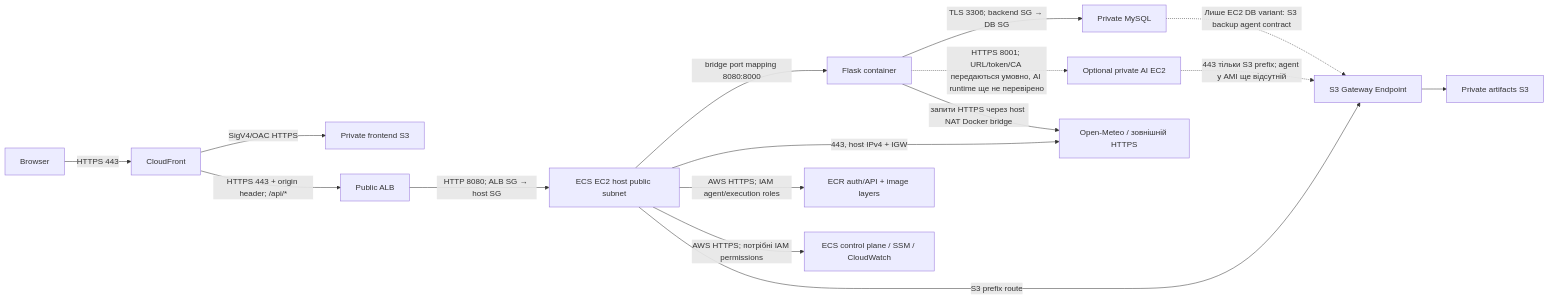
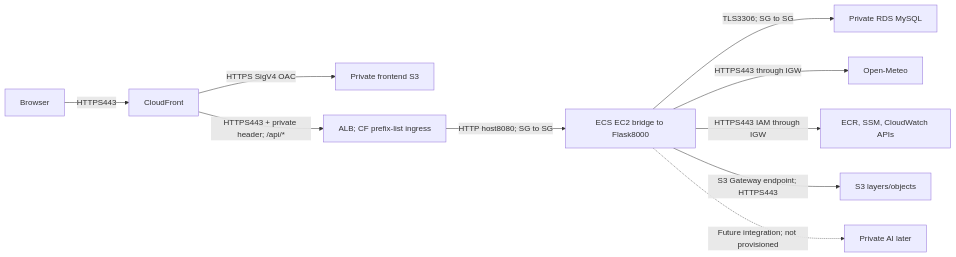
The diagram in docs/terraform/NETWORK_GRAPH.md (BohdanHavran/ClimateHealth-Monitoring), drawn with Mermaid before and after one commit. The commit also changed other lines of this file and 50 other files, not shown here.

````diff
--- a/docs/terraform/NETWORK_GRAPH.md
+++ b/docs/terraform/NETWORK_GRAPH.md
@@ -5,18 +5,12 @@
 ```mermaid
 flowchart LR
-  user["Browser"] -->|"HTTPS 443"| cf["CloudFront"]
-  cf -->|"SigV4/OAC HTTPS"| s3["Private frontend S3"]
-  cf -->|"HTTPS 443 + origin header; /api/*"| alb["Public ALB"]
-  alb -->|"HTTP 8080; ALB SG → host SG"| host["ECS EC2 host public subnet"]
-  host -->|"bridge port mapping 8080:8000"| backend["Flask container"]
-  backend -->|"TLS 3306; backend SG → DB SG"| db["Private MySQL"]
-  backend -.->|"HTTPS 8001; URL/token/CA передаються умовно, AI runtime ще не перевірено"| ai["Optional private AI EC2"]
-  host -->|"443, host IPv4 + IGW"| weather["Open-Meteo / зовнішній HTTPS"]
-  backend -->|"запити HTTPS через host NAT Docker bridge"| weather
-  host -->|"AWS HTTPS; IAM agent/execution roles"| ecr["ECR auth/API + image layers"]
-  host -->|"AWS HTTPS; потрібні IAM permissions"| aws["ECS control plane / SSM / CloudWatch"]
-  host -->|"S3 prefix route"| ep["S3 Gateway Endpoint"]
-  ep --> artifacts["Private artifacts S3"]
-  ai -.->|"443 тільки S3 prefix; agent у AMI ще відсутній"| ep
-  db -.->|"Лише EC2 DB variant: S3 backup agent contract"| ep
+  browser["Browser"] -->|"HTTPS443"| cf["CloudFront"]
+  cf -->|"HTTPS SigV4 OAC"| s3["Private frontend S3"]
+  cf -->|"HTTPS443 + private header; /api/*"| alb["ALB; CF prefix-list ingress"]
+  alb -->|"HTTP host8080; SG to SG"| host["ECS EC2 bridge to Flask8000"]
+  host -->|"TLS3306; SG to SG"| db["Private RDS MySQL"]
+  host -->|"HTTPS443 through IGW"| weather["Open-Meteo"]
+  host -->|"HTTPS443 IAM through IGW"| aws["ECR, SSM, CloudWatch APIs"]
+  host -->|"S3 Gateway endpoint; HTTPS443"| gateway["S3 layers/objects"]
+  host -.->|"Future integration; not provisioned"| ai["Private AI later"]
 ```
````
